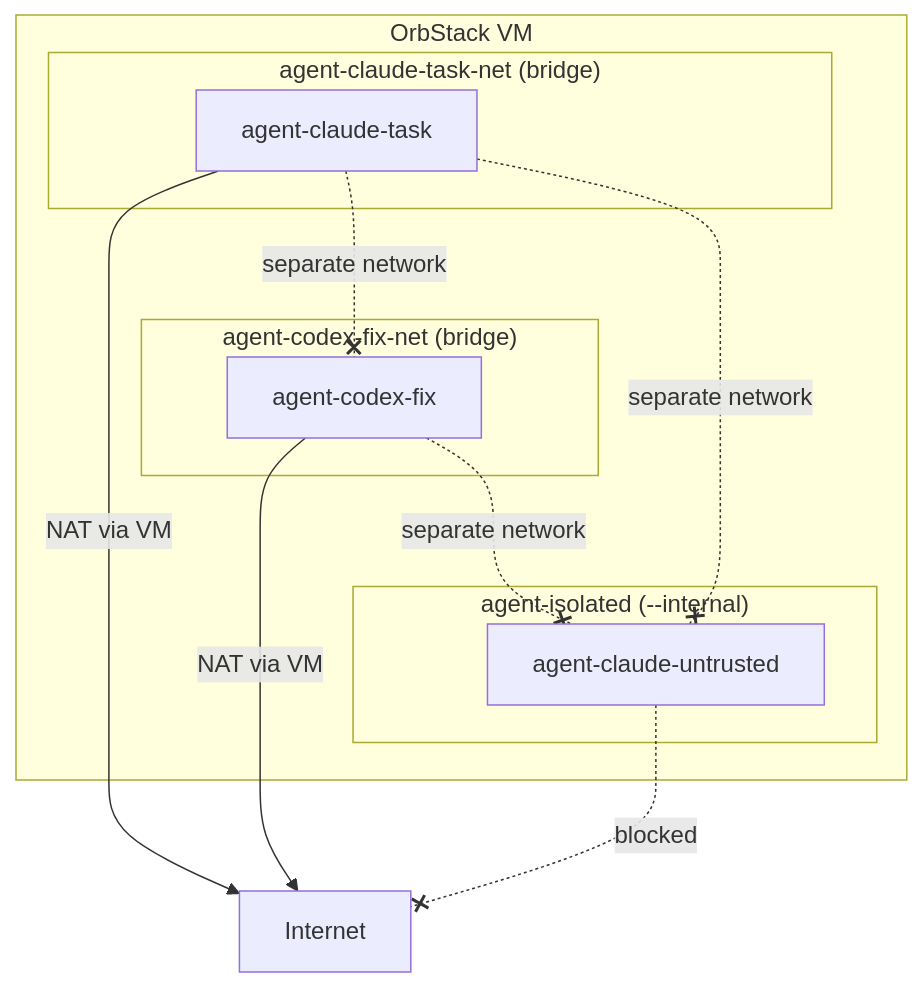
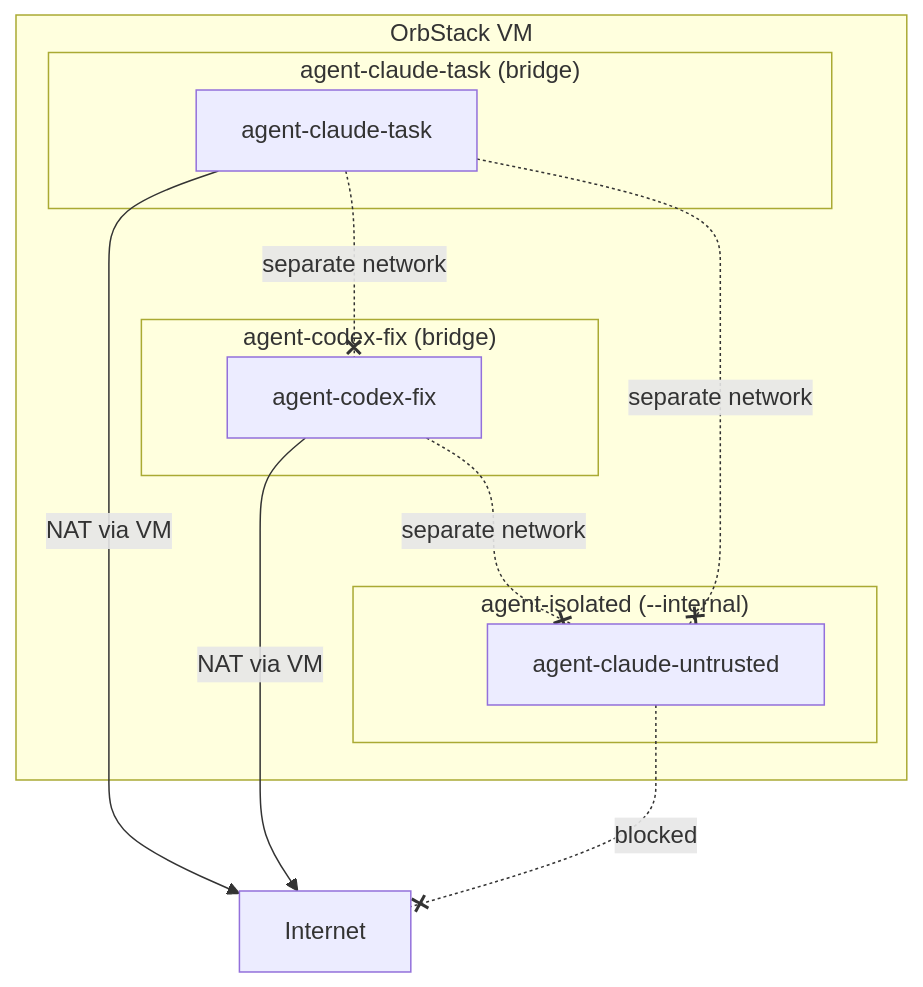
Before and after one commit to 0x666c6f/safe-agentic: the first of 2 diagrams in docs/architecture/networking.md, drawn with Mermaid. The commit also changed other lines of this file and 167 other files, not shown here.

````diff
--- a/docs/architecture/networking.md
+++ b/docs/architecture/networking.md
@@ -7,26 +7,26 @@
 ```mermaid
 graph TB
     internet["Internet"]
 
     subgraph vm["OrbStack VM"]
-        subgraph net_a["agent-claude-task-net (bridge)"]
+        subgraph net_a["agent-claude-task (bridge)"]
             container_a["agent-claude-task"]
         end
 
-        subgraph net_b["agent-codex-fix-net (bridge)"]
+        subgraph net_b["agent-codex-fix (bridge)"]
             container_b["agent-codex-fix"]
         end
 
         subgraph net_isolated["agent-isolated (--internal)"]
             container_c["agent-claude-untrusted"]
         end
     end
 
     container_a -->|"NAT via VM"| internet
     container_b -->|"NAT via VM"| internet
     container_c -.-x|"blocked"| internet
 
     container_a -.-x|"separate network"| container_b
     container_a -.-x|"separate network"| container_c
     container_b -.-x|"separate network"| container_c
 ```
````
